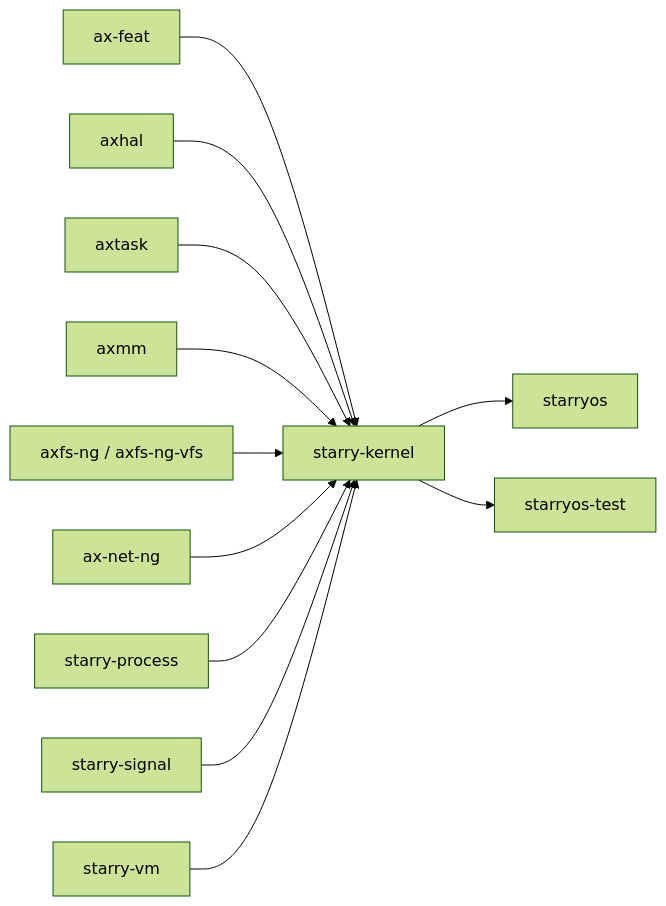
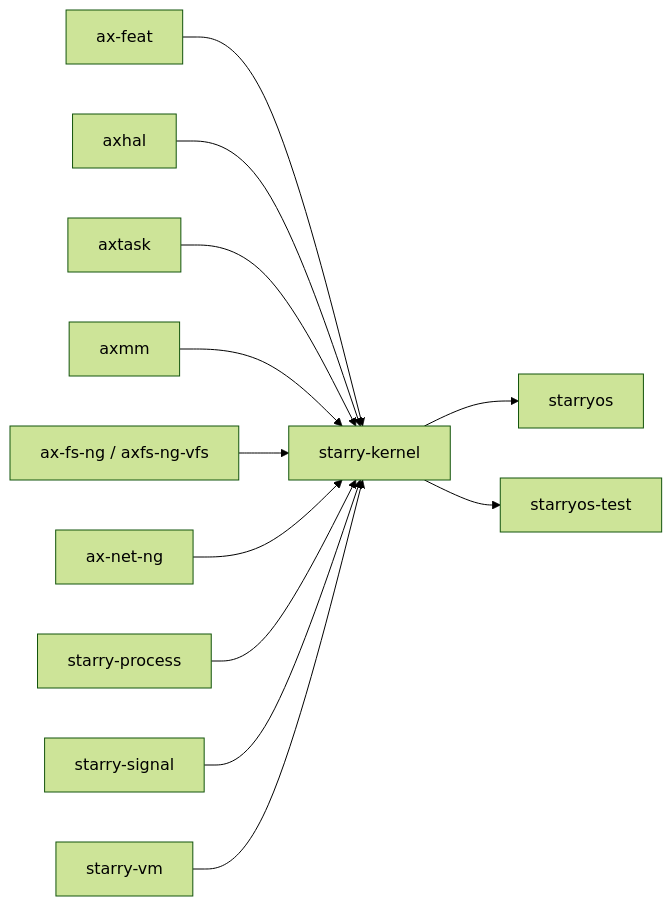
Before and after one commit to rcore-os/tgoskits: the second of 2 diagrams in docs/crates/starry-kernel.md, drawn with Mermaid (forest theme). The commit also changed other lines of this file and 37 other files, not shown here.

````diff
--- a/docs/crates/starry-kernel.md
+++ b/docs/crates/starry-kernel.md
@@ -116,15 +116,15 @@
 ```mermaid
 graph LR
     ax-feat["ax-feat"] --> starry["starry-kernel"]
     axhal["axhal"] --> starry
     axtask["axtask"] --> starry
     axmm["axmm"] --> starry
-    ax-fs["axfs-ng / axfs-ng-vfs"] --> starry
+    ax-fs["ax-fs-ng / axfs-ng-vfs"] --> starry
     axnet["ax-net-ng"] --> starry
     starry_process["starry-process"] --> starry
     starry_signal["starry-signal"] --> starry
     starry_vm["starry-vm"] --> starry
 
     starry --> starryos["starryos"]
     starry --> starryos_test["starryos-test"]
 ```
````
